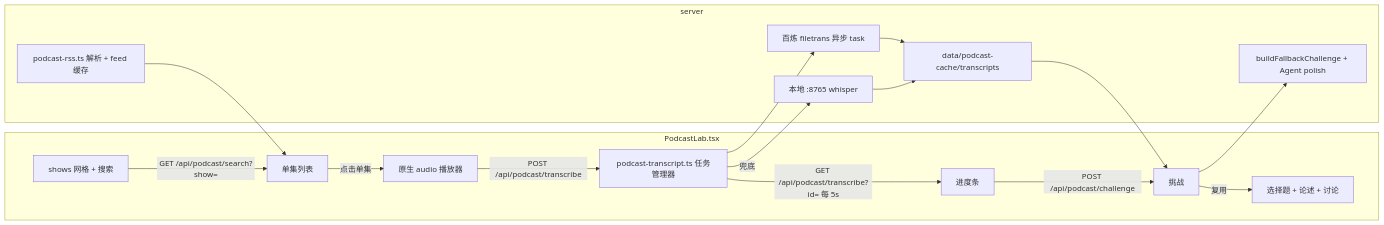
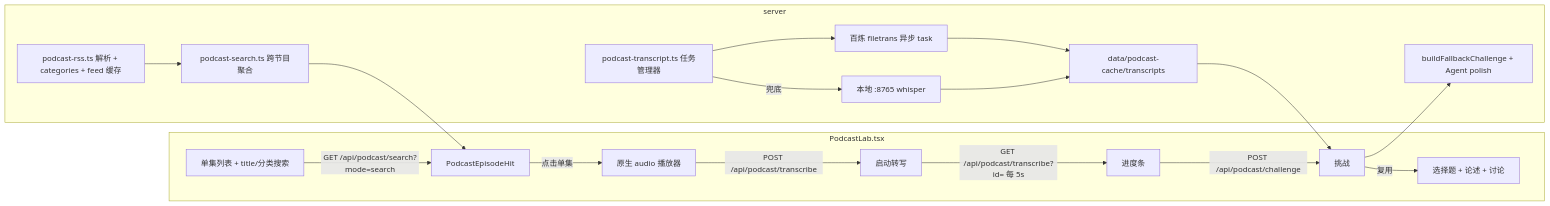
The diagram in docs/subsystems/podcast-lab.md (zilinli/ryan_learning), drawn with Mermaid before and after one commit. The commit also changed other lines of this file and 12 other files, not shown here.

First line of the commit message:
fix(podcast): search episodes by title and category, not show names

````diff
--- a/docs/subsystems/podcast-lab.md
+++ b/docs/subsystems/podcast-lab.md
@@ -60,20 +70,21 @@
 ```mermaid
 flowchart LR
   subgraph client [PodcastLab.tsx]
-    Browse[shows 网格 + 搜索] -->|GET /api/podcast/search?show=| Episodes[单集列表]
-    Episodes -->|点击单集| Listen[原生 audio 播放器]
+    Browse[单集列表 + title/分类搜索] -->|GET /api/podcast/search?mode=search| Hits[PodcastEpisodeHit]
+    Hits -->|点击单集| Listen[原生 audio 播放器]
     Listen -->|POST /api/podcast/transcribe| Job[启动转写]
     Job -->|GET /api/podcast/transcribe?id= 每 5s| Progress[进度条]
     Progress -->|POST /api/podcast/challenge| Challenge[挑战]
     Challenge -->|复用| MediaLabChallengeView[选择题 + 论述 + 讨论]
   end
   subgraph server
-    RSS[podcast-rss.ts 解析 + feed 缓存] --> Episodes
-    Job[podcast-transcript.ts 任务管理器] --> DashScope[百炼 filetrans 异步 task]
-    Job -->|兜底| Local[本地 :8765 whisper]
+    Search[podcast-search.ts 跨节目聚合] --> Hits
+    RSS[podcast-rss.ts 解析 + categories + feed 缓存] --> Search
+    JobMgr[podcast-transcript.ts 任务管理器] --> DashScope[百炼 filetrans 异步 task]
+    JobMgr -->|兜底| Local[本地 :8765 whisper]
     DashScope --> Cache[data/podcast-cache/transcripts]
     Local --> Cache
     Cache --> Challenge
     Challenge --> Build[buildFallbackChallenge + Agent polish]
   end
 ```
````
